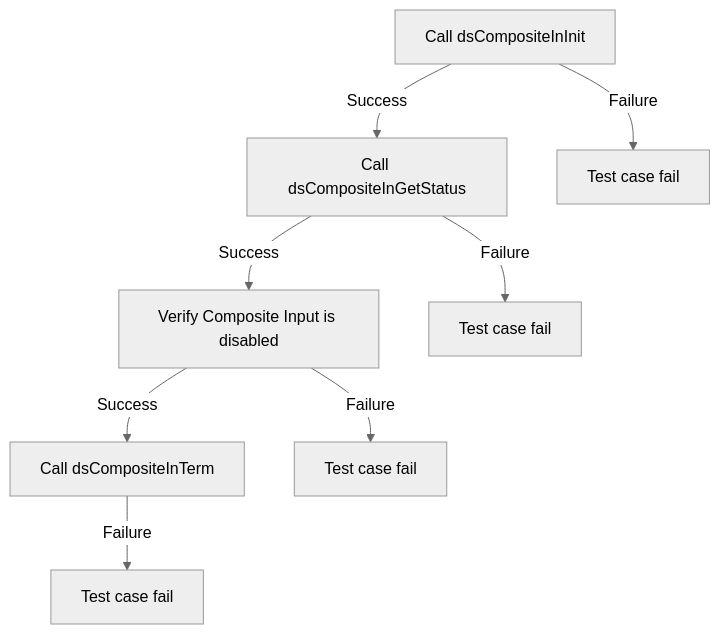
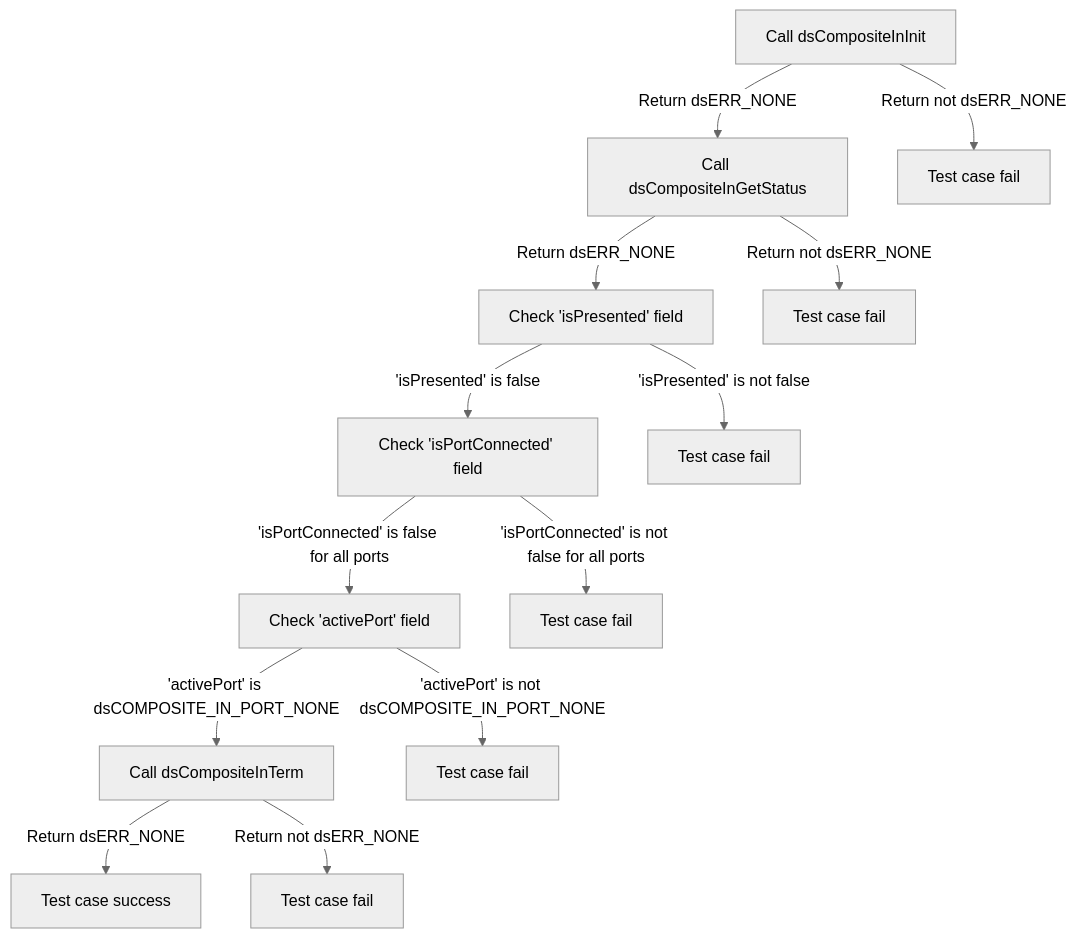
One commit to rdkcentral/rdk-halif-test-device_settings changed the second of 4 diagrams in docs/pages/l2_dsCompositeIn_test_specification.md. Above: the diagram before and after it, drawn with Mermaid (neutral theme). The commit also changed other lines of this file and 7 other files, not shown here.

````diff
--- a/docs/pages/l2_dsCompositeIn_test_specification.md
+++ b/docs/pages/l2_dsCompositeIn_test_specification.md
@@ -72,10 +129,15 @@
 ```mermaid
 graph TB
-    A[Call dsCompositeInInit] -->|Success| B[Call dsCompositeInGetStatus]
-    A -->|Failure| A1[Test case fail]
-    B -->|Success| C[Verify Composite Input is disabled]
-    B -->|Failure| B1[Test case fail]
-    C -->|Success| D[Call dsCompositeInTerm]
-    C -->|Failure| C1[Test case fail]
-    D -->|Failure| D1[Test case fail]
+A[Call dsCompositeInInit] -->|Return dsERR_NONE| B[Call dsCompositeInGetStatus]
+A -->|Return not dsERR_NONE| A1[Test case fail]
+B -->|Return dsERR_NONE| C[Check 'isPresented' field]
+B -->|Return not dsERR_NONE| B1[Test case fail]
+C -->|'isPresented' is false| D[Check 'isPortConnected' field]
+C -->|'isPresented' is not false| C1[Test case fail]
+D -->|'isPortConnected' is false for all ports| E[Check 'activePort' field]
+D -->|'isPortConnected' is not false for all ports| D1[Test case fail]
+E -->|'activePort' is dsCOMPOSITE_IN_PORT_NONE| F[Call dsCompositeInTerm]
+E -->|'activePort' is not dsCOMPOSITE_IN_PORT_NONE| E1[Test case fail]
+F -->|Return dsERR_NONE| G[Test case success]
+F -->|Return not dsERR_NONE| F1[Test case fail]
 ```
````
